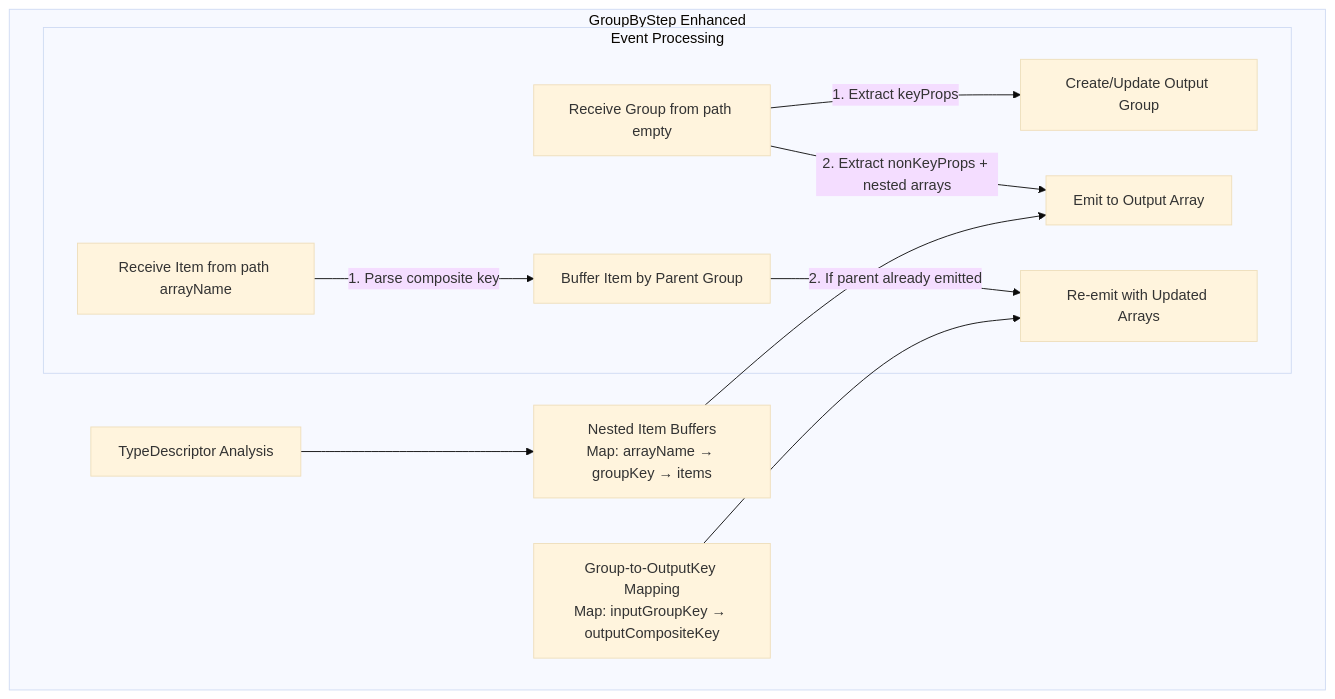
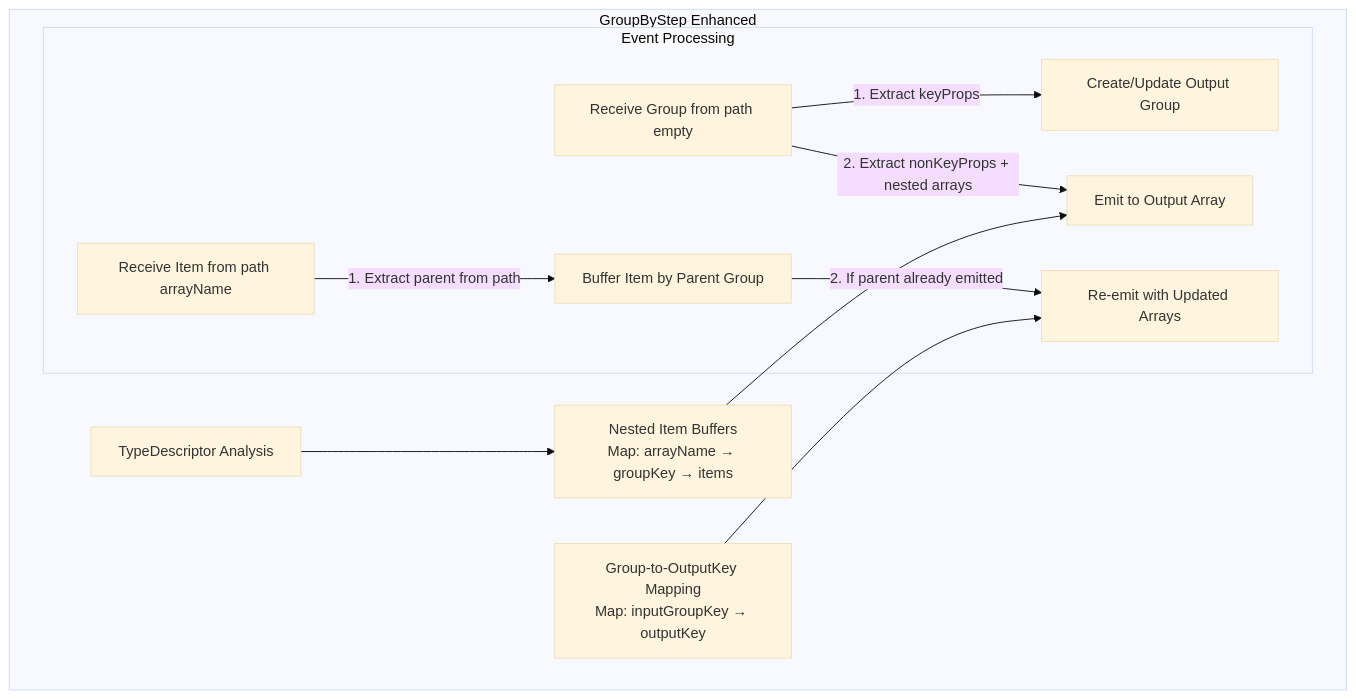
The fourth of 6 diagrams in docs/nested-groupby-architecture.md (michaellperry/aggregator-toy), drawn with Mermaid (base theme) before and after one commit. The commit also changed other lines of this file and 3 other files, not shown here.

````diff
--- a/docs/nested-groupby-architecture.md
+++ b/docs/nested-groupby-architecture.md
@@ -200,23 +200,23 @@
 ```mermaid
 flowchart TB
     subgraph GroupByStep[GroupByStep Enhanced]
         TD[TypeDescriptor Analysis]
         NIB[Nested Item Buffers<br/>Map: arrayName → groupKey → items]
-        GTK[Group-to-OutputKey Mapping<br/>Map: inputGroupKey → outputCompositeKey]
+        GTK[Group-to-OutputKey Mapping<br/>Map: inputGroupKey → outputKey]
         
         subgraph Processing[Event Processing]
             RG[Receive Group from path empty]
             RI[Receive Item from path arrayName]
             
             RG --> |1. Extract keyProps| CG[Create/Update Output Group]
             RG --> |2. Extract nonKeyProps + nested arrays| EI[Emit to Output Array]
             
-            RI --> |1. Parse composite key| BUF[Buffer Item by Parent Group]
+            RI --> |1. Extract parent from path| BUF[Buffer Item by Parent Group]
             BUF --> |2. If parent already emitted| RE[Re-emit with Updated Arrays]
         end
     end
     
     TD --> NIB
     NIB --> EI
     GTK --> RE
 ```
````
